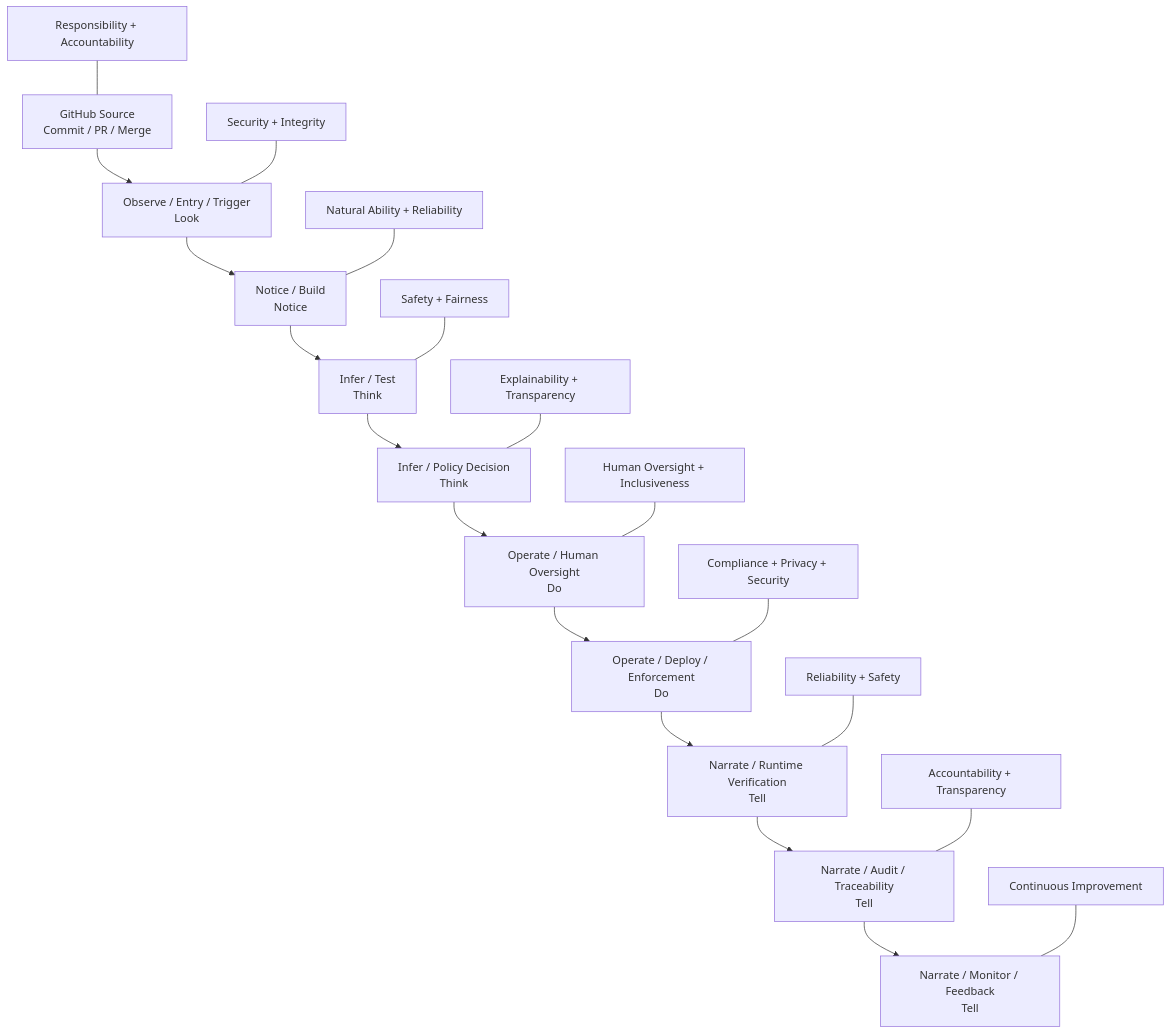
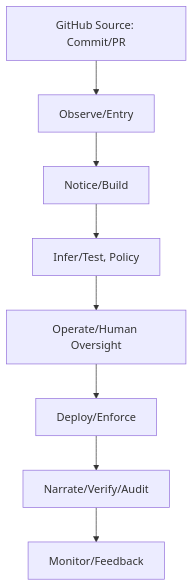
Before and after one commit to MoneyMan421/O.N.I.O.N: the diagram in README.md, drawn with Mermaid. The commit also changed other lines of this file, not shown here.

Commit message:
Enhance README: onboarding, security checklist, compliance & references. Keep original architectural style, add contribution/license/references for clarity.

````diff
--- a/README.md
+++ b/README.md
@@ -145,23 +108,10 @@
 ```mermaid
 flowchart TD
-    A[GitHub Source\nCommit / PR / Merge] --> B[Observe / Entry / Trigger\nLook]
-    B --> C[Notice / Build\nNotice]
-    C --> D[Infer / Test\nThink]
-    D --> E[Infer / Policy Decision\nThink]
-    E --> F[Operate / Human Oversight\nDo]
-    F --> G[Operate / Deploy / Enforcement\nDo]
-    G --> H[Narrate / Runtime Verification\nTell]
-    H --> I[Narrate / Audit / Traceability\nTell]
-    I --> J[Narrate / Monitor / Feedback\nTell]
-
-    R1[Responsibility + Accountability] --- A
-    R2[Security + Integrity] --- B
-    R3[Natural Ability + Reliability] --- C
-    R4[Safety + Fairness] --- D
-    R5[Explainability + Transparency] --- E
-    R6[Human Oversight + Inclusiveness] --- F
-    R7[Compliance + Privacy + Security] --- G
-    R8[Reliability + Safety] --- H
-    R9[Accountability + Transparency] --- I
-    R10[Continuous Improvement] --- J
+    A[GitHub Source: Commit/PR] --> B[Observe/Entry]
+    B --> C[Notice/Build]
+    C --> D[Infer/Test, Policy]
+    D --> E[Operate/Human Oversight]
+    E --> F[Deploy/Enforce]
+    F --> G[Narrate/Verify/Audit]
+    G --> H[Monitor/Feedback]
 ```
````
